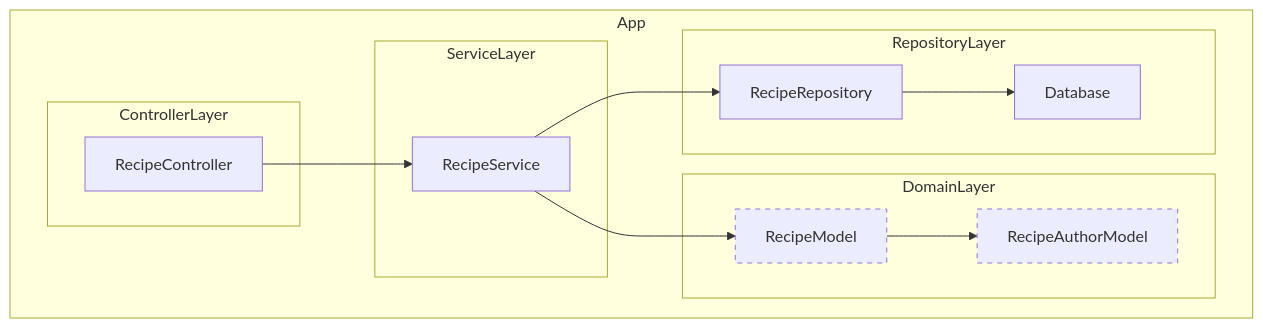
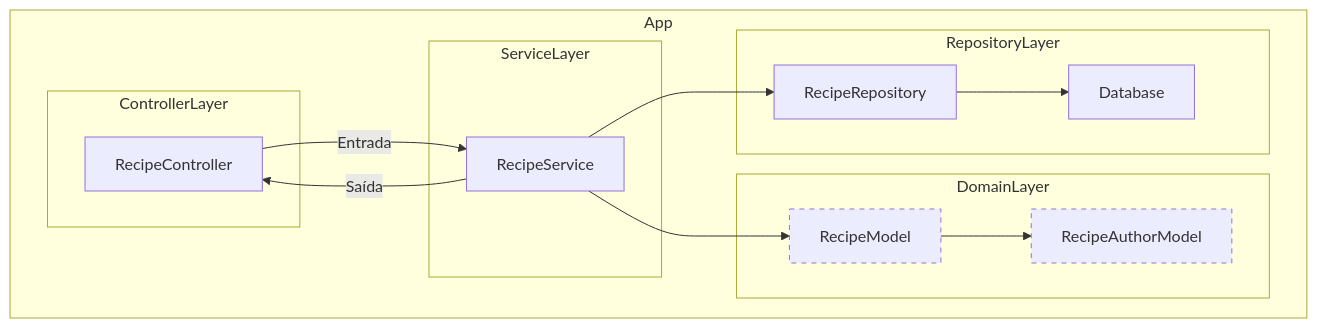
The diagram in pages/layers.md (mrbrunelli/compass-shadow-02), drawn with Mermaid before and after one commit.

Commit message:
add input and output

````diff
--- a/pages/layers.md
+++ b/pages/layers.md
@@ -14,27 +14,28 @@
 ```mermaid
 flowchart LR
     subgraph App
         direction LR
         subgraph ControllerLayer
             RecipeController
         end
         subgraph ServiceLayer
             RecipeService
         end
         subgraph DomainLayer
             RecipeModel
             RecipeAuthorModel
         end
         subgraph RepositoryLayer
             RecipeRepository
             Database
         end
-        RecipeController --> RecipeService
+        RecipeController -->|Entrada| RecipeService
+        RecipeService -->|Saída| RecipeController
         RecipeService --> RecipeRepository
         RecipeService --> RecipeModel
         RecipeModel --> RecipeAuthorModel
         RecipeRepository --> Database
     end
     style RecipeModel stroke-dasharray: 5 5
     style RecipeAuthorModel stroke-dasharray: 5 5
 ```
````
